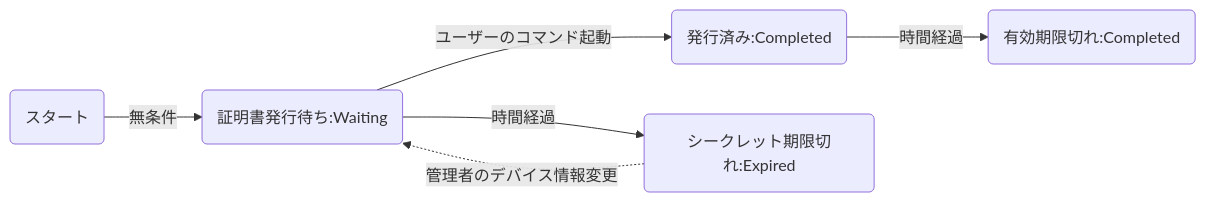
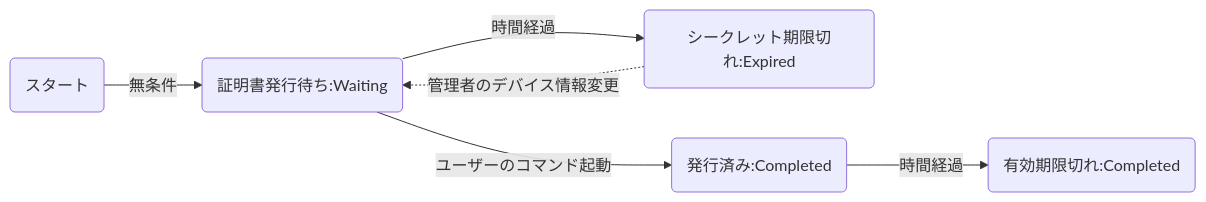
One commit to Tasuku-Sasaki-lab/Verify-Admin changed the diagram in README.md. Above: the diagram before and after it, drawn with Mermaid. The commit also changed other lines of this file, not shown here.

````diff
--- a/README.md
+++ b/README.md
@@ -10,7 +14,8 @@
 ```mermaid
 flowchart LR
-	id1(スタート) -- 無条件 --> id2(証明書発行待ち:Waiting) -- ユーザーのコマンド起動 -->  id3(発行済み:Completed) 
-	id3  -- 時間経過　--> id4(有効期限切れ:Completed)
-	id2 -- 時間経過 --> id5(シークレット期限切れ:Expired)
-	id5 -. 管理者のデバイス情報変更　.-> id2
- ```  	
+	id1(スタート) -- 無条件 --> id2(証明書発行待ち:Waiting) -- 時間経過 --> id3(シークレット期限切れ:Expired)
+    id3 -. 管理者のデバイス情報変更　.-> id2
+    id2(証明書発行待ち:Waiting) -- ユーザーのコマンド起動 -->  id4(発行済み:Completed)  -- 時間経過　--> id5(有効期限切れ:Completed)
+
+   	
+```
````
